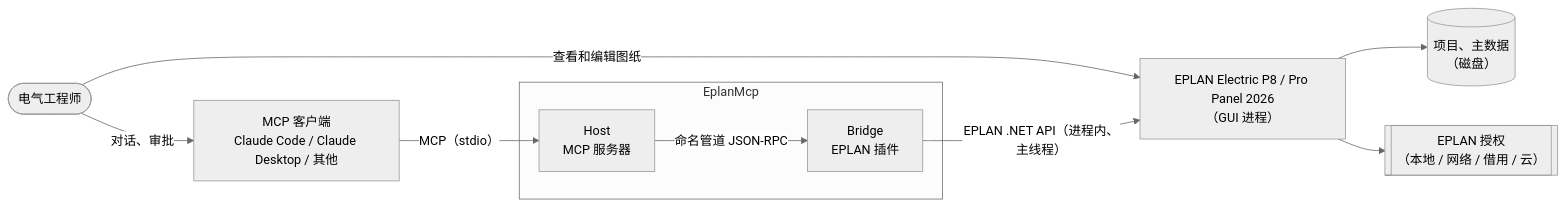
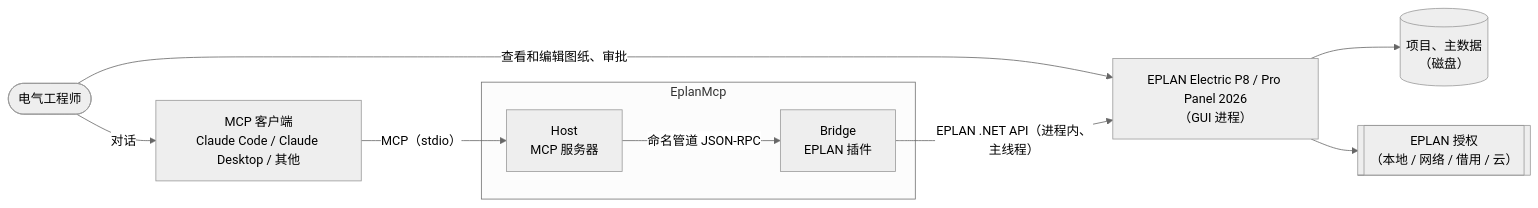
The first of 6 diagrams in docs/architecture/architecture.md (asckye/eplan-mcp), drawn with Mermaid (neutral theme) before and after one commit. The commit also changed other lines of this file and 7 other files, not shown here.

````diff
--- a/docs/architecture/architecture.md
+++ b/docs/architecture/architecture.md
@@ -61,20 +61,20 @@
 ```mermaid
 flowchart LR
     engineer([电气工程师])
     client["MCP 客户端<br/>Claude Code / Claude Desktop / 其他"]
     subgraph sys["EplanMcp"]
         host["Host<br/>MCP 服务器"]
         bridge["Bridge<br/>EPLAN 插件"]
     end
     eplan["EPLAN Electric P8 / Pro Panel 2026<br/>（GUI 进程）"]
     files[("项目、主数据<br/>（磁盘）")]
     lic[["EPLAN 授权<br/>（本地 / 网络 / 借用 / 云）"]]
 
-    engineer -- "对话、审批" --> client
-    engineer -- "查看和编辑图纸" --> eplan
+    engineer -- "对话" --> client
+    engineer -- "查看和编辑图纸、审批" --> eplan
     client -- "MCP（stdio）" --> host
     host -- "命名管道 JSON-RPC" --> bridge
     bridge -- "EPLAN .NET API（进程内、主线程）" --> eplan
     eplan --> files
     eplan --> lic
 ```
````
